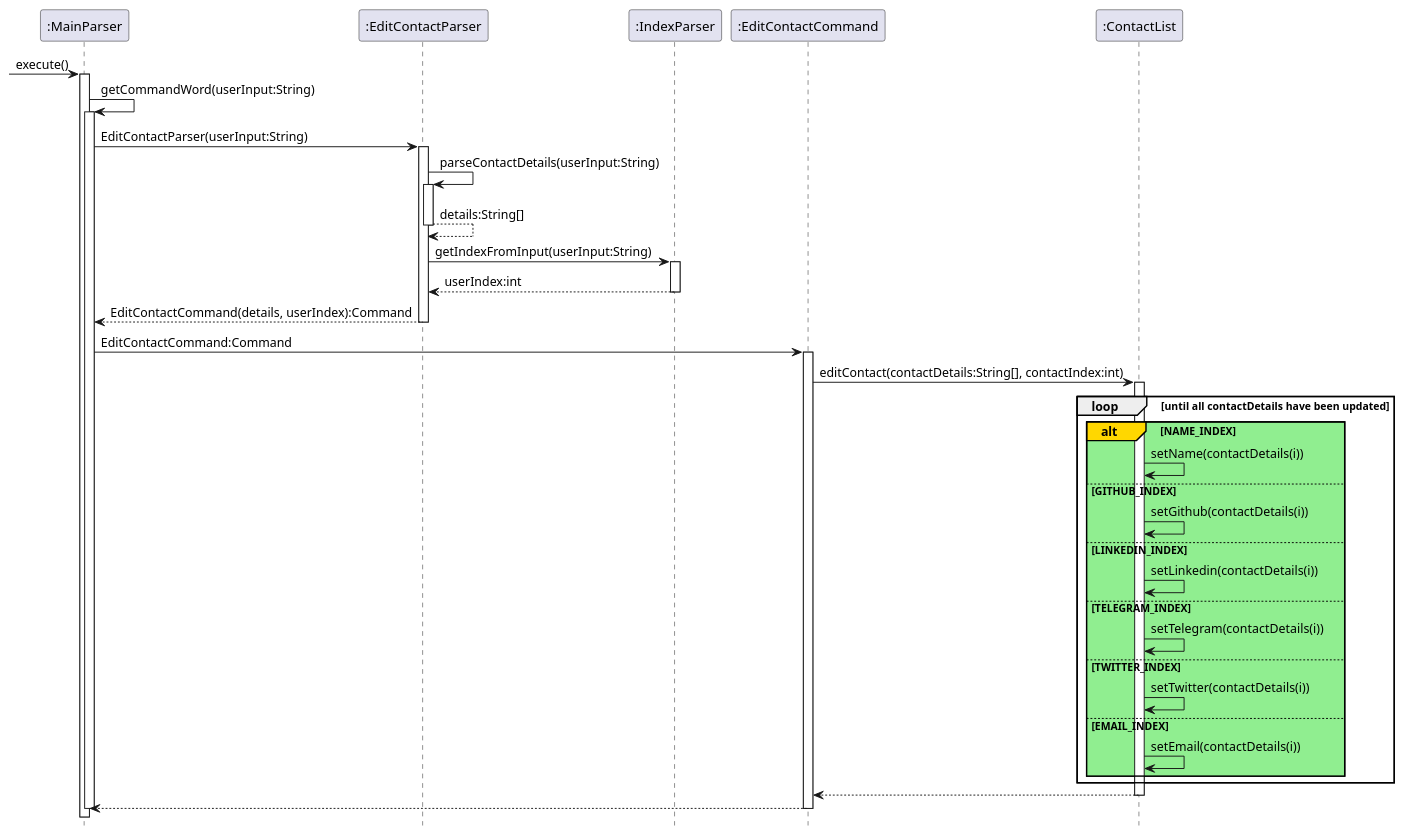
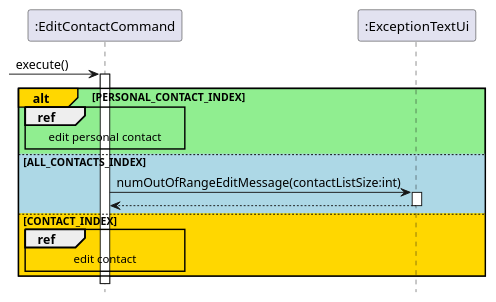
Before and after one commit to nus-cs2113-AY2122S1/tp: the diagram in docs/diagrams/EditContactCommand.puml, drawn with PlantUML.

Commit message:
Update Edit Contact Command to abstract sequence diagrams

```diff
--- a/docs/diagrams/EditContactCommand.puml
+++ b/docs/diagrams/EditContactCommand.puml
@@ -1,59 +1,22 @@
 @startuml
 hide footbox
 'https://plantuml.com/sequence-diagram
 
--> ":MainParser": execute()
-activate ":MainParser"
+-> ":EditContactCommand": execute()
+activate ":EditContactCommand"
+
+alt#gold #lightgreen PERSONAL_CONTACT_INDEX
+    ref over ":EditContactCommand", ":EditContactCommand" :edit personal contact
+
+else #lightblue ALL_CONTACTS_INDEX
+    ":EditContactCommand" -> ":ExceptionTextUi":numOutOfRangeEditMessage(contactListSize:int)
+    activate ":ExceptionTextUi"
+    ":ExceptionTextUi" --> ":EditContactCommand":
+    deactivate ":ExceptionTextUi"
+
+else #gold CONTACT_INDEX
+   ref over ":EditContactCommand", ":EditContactCommand" :edit contact
+end
 
 
-":MainParser" -> ":MainParser":getCommandWord(userInput:String)
-activate ":MainParser"
-":MainParser" -> ":EditContactParser" :EditContactParser(userInput:String)
-activate ":EditContactParser"
-
-
-":EditContactParser" -> ":EditContactParser" :parseContactDetails(userInput:String)
-activate ":EditContactParser"
-":EditContactParser" --> ":EditContactParser" :details:String[]
-deactivate ":EditContactParser"
-
-
-":EditContactParser" -> ":IndexParser" :getIndexFromInput(userInput:String)
-activate ":IndexParser"
-":IndexParser" --> ":EditContactParser" :userIndex:int
-deactivate ":IndexParser"
-
-":EditContactParser" --> ":MainParser" : EditContactCommand(details, userIndex):Command
-deactivate ":EditContactParser"
-
-":MainParser" -> ":EditContactCommand" : EditContactCommand:Command
-
-activate ":EditContactCommand"
-
-":EditContactCommand" -> ":ContactList" : editContact(contactDetails:String[], contactIndex:int)
-activate ":ContactList"
-
-loop until all contactDetails have been updated
-alt#gold #lightgreen NAME_INDEX
-    ":ContactList" -> ":ContactList" : setName(contactDetails(i))
-    else GITHUB_INDEX
-    ":ContactList" -> ":ContactList" : setGithub(contactDetails(i))
-    else LINKEDIN_INDEX
-    ":ContactList" -> ":ContactList" : setLinkedin(contactDetails(i))
-    else TELEGRAM_INDEX
-    ":ContactList" -> ":ContactList" : setTelegram(contactDetails(i))
-    else TWITTER_INDEX
-    ":ContactList" -> ":ContactList" : setTwitter(contactDetails(i))
-    else EMAIL_INDEX
-    ":ContactList" -> ":ContactList" : setEmail(contactDetails(i))
-end
-end
-
-":ContactList"-->":EditContactCommand"
-deactivate ":ContactList"
-
-":EditContactCommand"-->":MainParser"
-deactivate ":EditContactCommand"
-deactivate ":MainParser"
-
 @enduml
```
